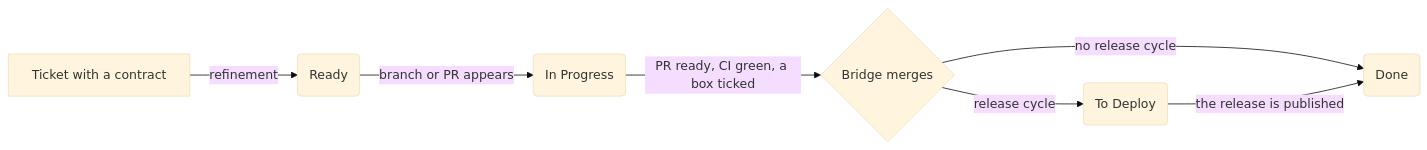
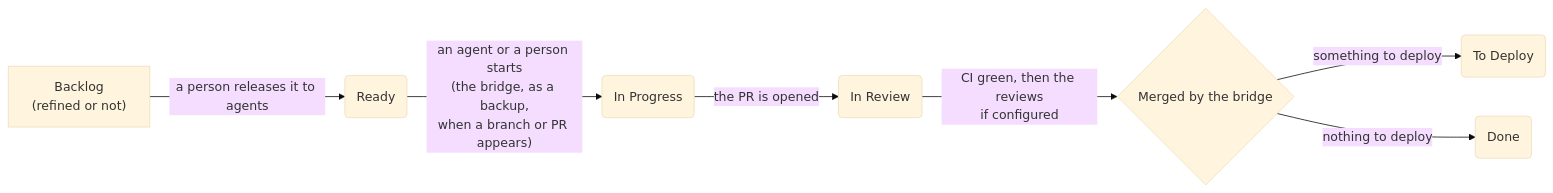
The first of 2 diagrams in docs/method.md (Martin-Rancourt/spl-asdlc), drawn with Mermaid (base theme) before and after one commit. The commit also changed other lines of this file and 1 other file, not shown here.

First line of the commit message:
docs: the method, round 2 of the owner's review

````diff
--- a/docs/method.md
+++ b/docs/method.md
@@ -11,9 +18,9 @@
 ```mermaid
 flowchart LR
-  T[Ticket with a contract] -->|refinement| R(Ready)
-  R -->|branch or PR appears| P(In Progress)
-  P -->|PR ready, CI green, a box ticked| M{Bridge merges}
-  M -->|no release cycle| D(Done)
-  M -->|release cycle| TD(To Deploy)
-  TD -->|the release is published| D
+  B["Backlog<br/>(refined or not)"] -->|a person releases it to agents| R(Ready)
+  R -->|"an agent or a person starts<br/>(the bridge, as a backup,<br/>when a branch or PR appears)"| P(In Progress)
+  P -->|the PR is opened| V(In Review)
+  V -->|"CI green, then the reviews<br/>if configured"| M{Merged by the bridge}
+  M -->|something to deploy| TD(To Deploy)
+  M -->|nothing to deploy| D(Done)
 ```
````
